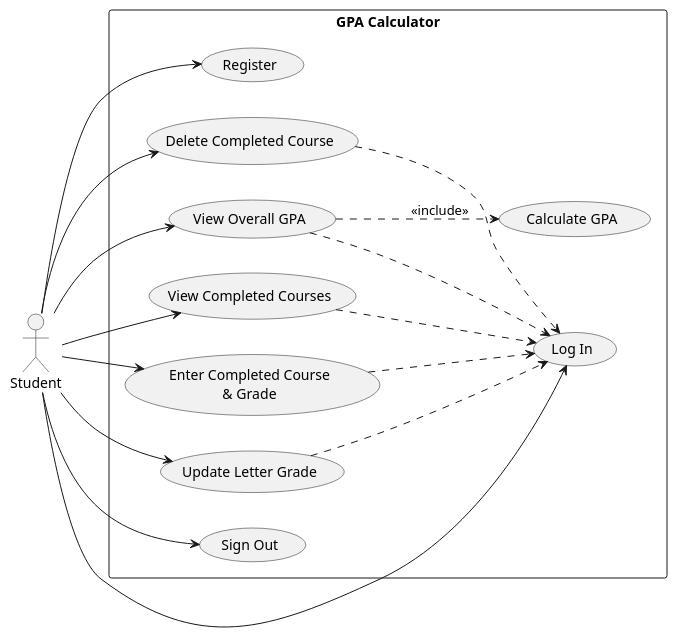
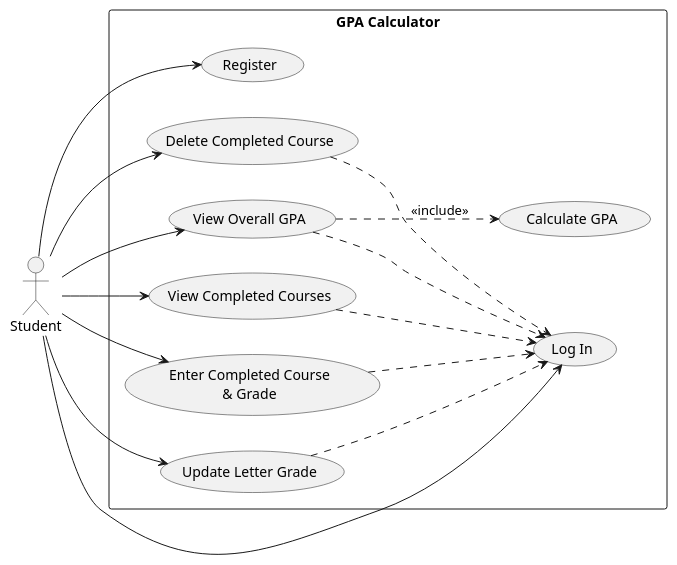
The diagram in uml/use_case.wsd (Barlos1233/26FCS3250-002-prj-1), drawn with PlantUML before and after one commit.

Commit message:
Remove sign out from use case diagram

```diff
--- a/uml/use_case.wsd
+++ b/uml/use_case.wsd
@@ -1,35 +1,33 @@
 @startuml use_case
 left to right direction
 
 actor Student
 
 rectangle "GPA Calculator" {
   usecase "Register" as UC1
   usecase "Log In" as UC2
   usecase "Enter Completed Course\n& Grade" as UC3
   usecase "View Completed Courses" as UC4
   usecase "View Overall GPA" as UC5
   usecase "Update Letter Grade" as UC6
   usecase "Delete Completed Course" as UC7
   usecase "Calculate GPA" as UC8
-  usecase "Sign Out" as UC9
 }
 
 Student --> UC1
 Student --> UC2
 Student --> UC3
 Student --> UC4
 Student --> UC5
 Student --> UC6
 Student --> UC7
-Student --> UC9
 
 UC3 ..> UC2 
 UC4 ..> UC2  
 UC5 ..> UC2  
 UC6 ..> UC2 
 UC7 ..> UC2 
 
 UC5 ..> UC8 : <<include>>
 
 @enduml
```
